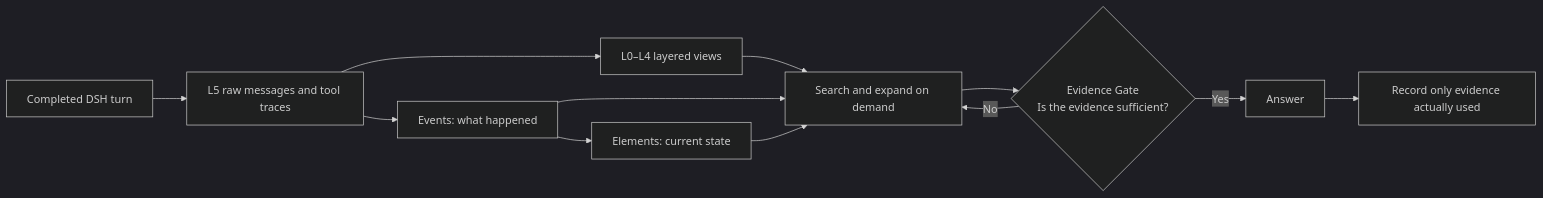
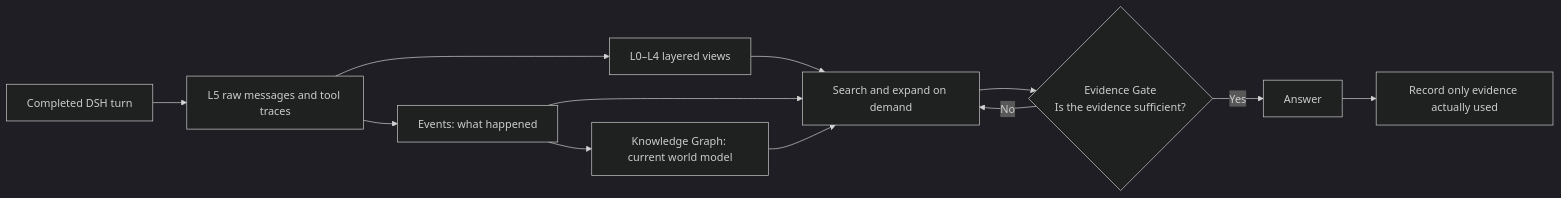
The diagram in integrations/deepseek-harness/README.md (Triple3h/StrataGate-AgentMemory), drawn with Mermaid (dark theme) before and after one commit. The commit also changed other lines of this file and 25 other files, not shown here.

````diff
--- a/integrations/deepseek-harness/README.md
+++ b/integrations/deepseek-harness/README.md
@@ -23,14 +23,14 @@
 ```mermaid
 flowchart LR
   A[Completed DSH turn] --> B[L5 raw messages and tool traces]
   B --> C[L0–L4 layered views]
   B --> D[Events: what happened]
-  D --> E[Elements: current state]
+  D --> E[Knowledge Graph: current world model]
   C --> F[Search and expand on demand]
   D --> F
   E --> F
   F --> G{Evidence Gate<br/>Is the evidence sufficient?}
   G -->|No| F
   G -->|Yes| H[Answer]
   H --> I[Record only evidence actually used]
 ```
````
